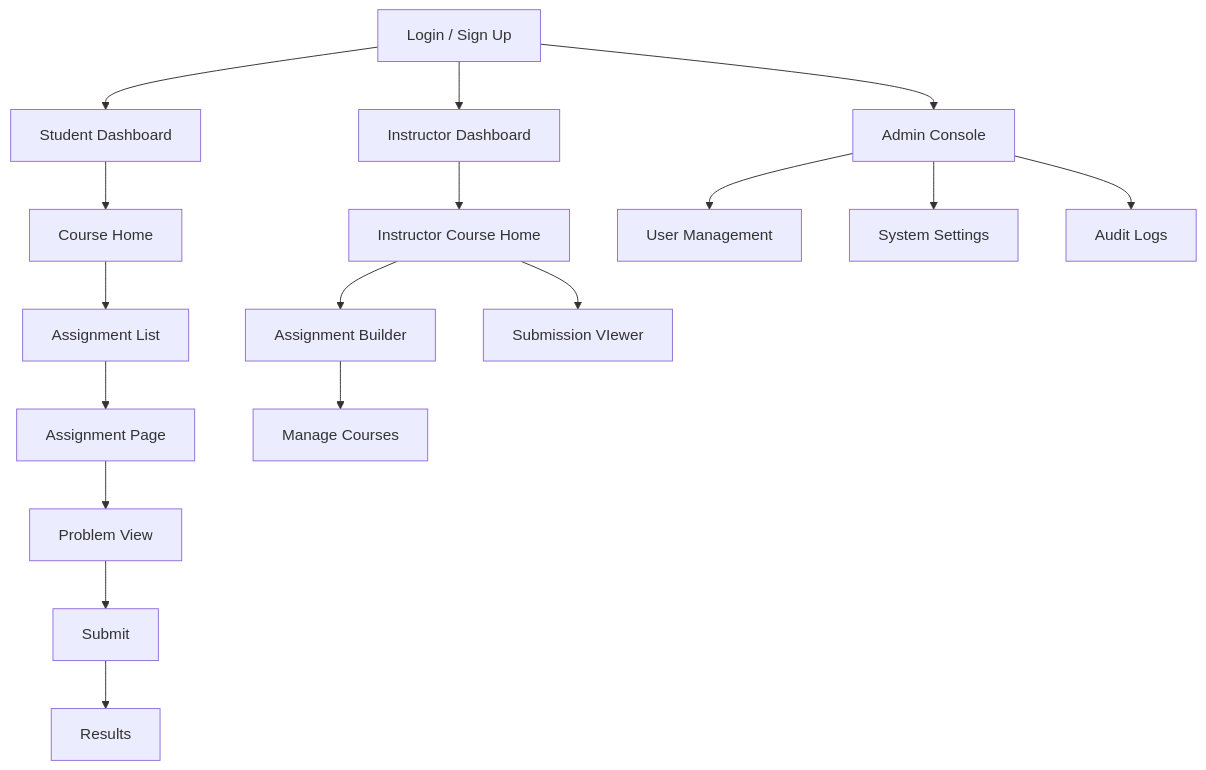
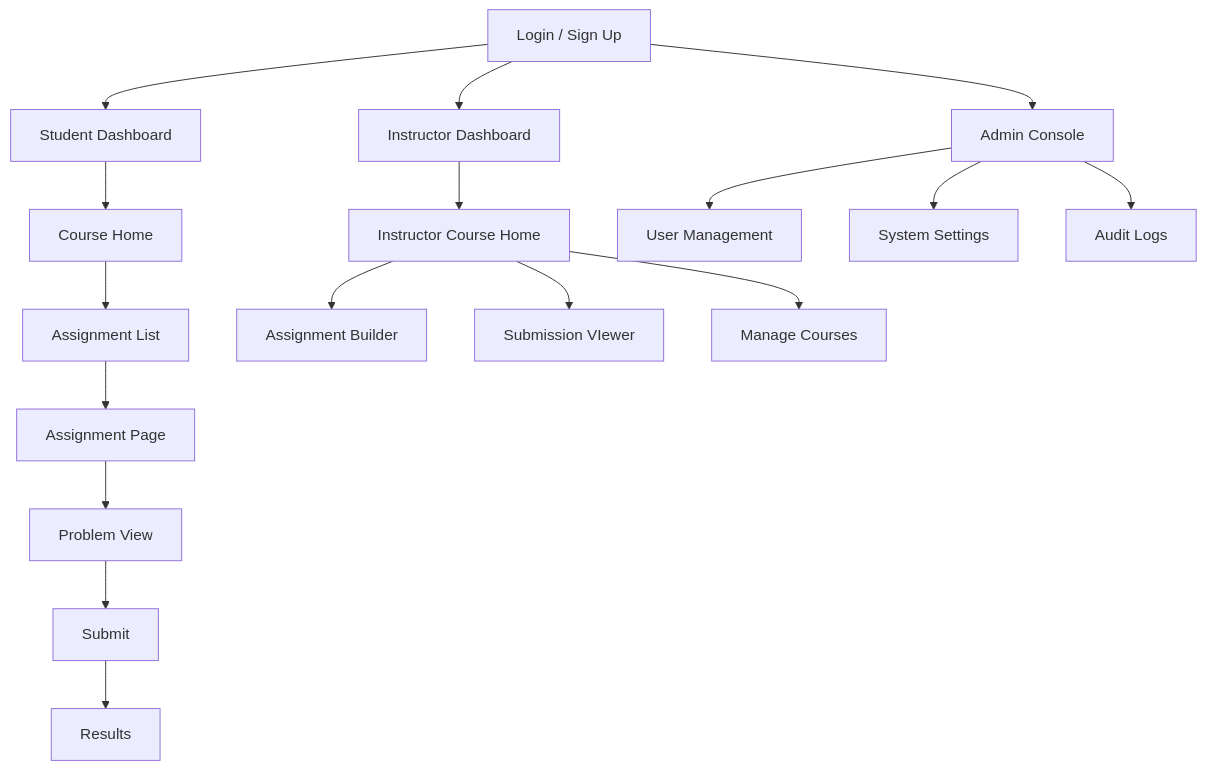
Before and after one commit to MapleDrizzle/f25-cisc474-individual: the diagram in apps/docs/public/sitemap.md, drawn with Mermaid.

Commit message:
Final edit for sitemap.md

````diff
--- a/apps/docs/public/sitemap.md
+++ b/apps/docs/public/sitemap.md
@@ -4,22 +4,22 @@
 ```mermaid
 flowchart TD
     L[Login / Sign Up] --> D[Student Dashboard]
     L --> ID[Instructor Dashboard]
     L --> AD[Admin Console]
 
     D --> C[Course Home]
     C --> A[Assignment List]
     A --> AP[Assignment Page]
     AP --> P[Problem View]
     P --> S[Submit]
     S --> R[Results]
 
     ID --> IC[Instructor Course Home]
     IC --> IA[Assignment Builder]
     IC --> IS[Submission VIewer]
-    IA --> IM[Manage Courses]
+    IC --> IM[Manage Courses]
 
     AD --> U[User Management]
     AD --> SYS[System Settings]
     AD --> AUD[Audit Logs]
 ```
````
